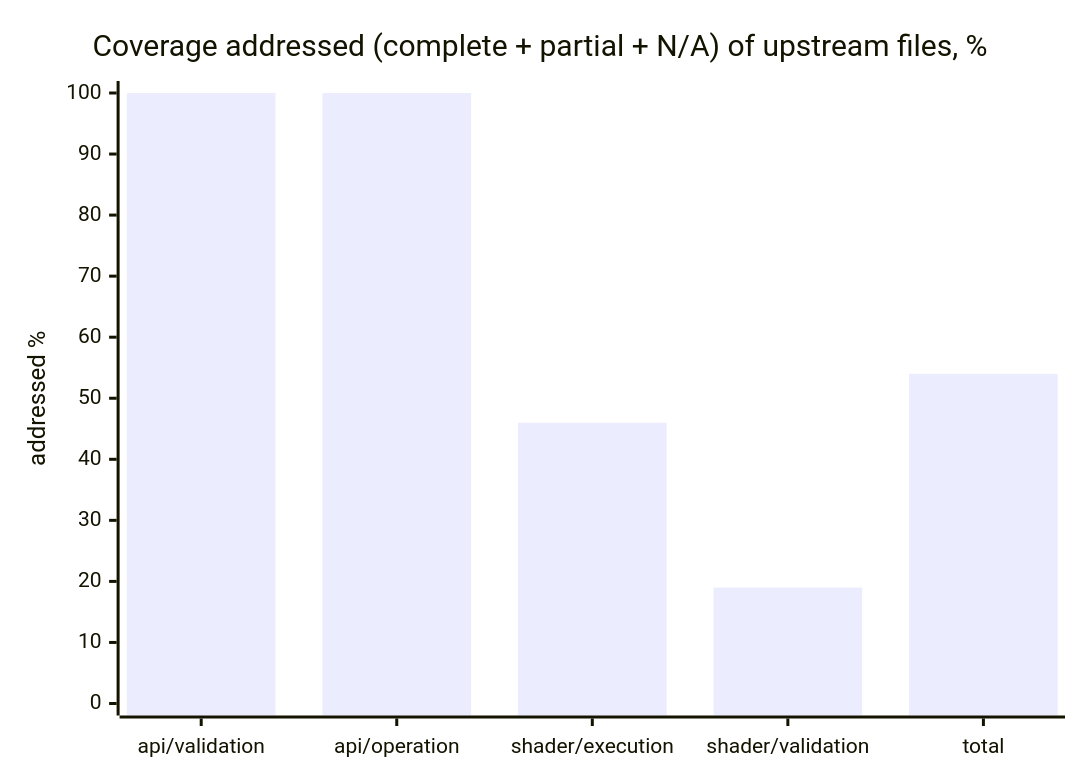
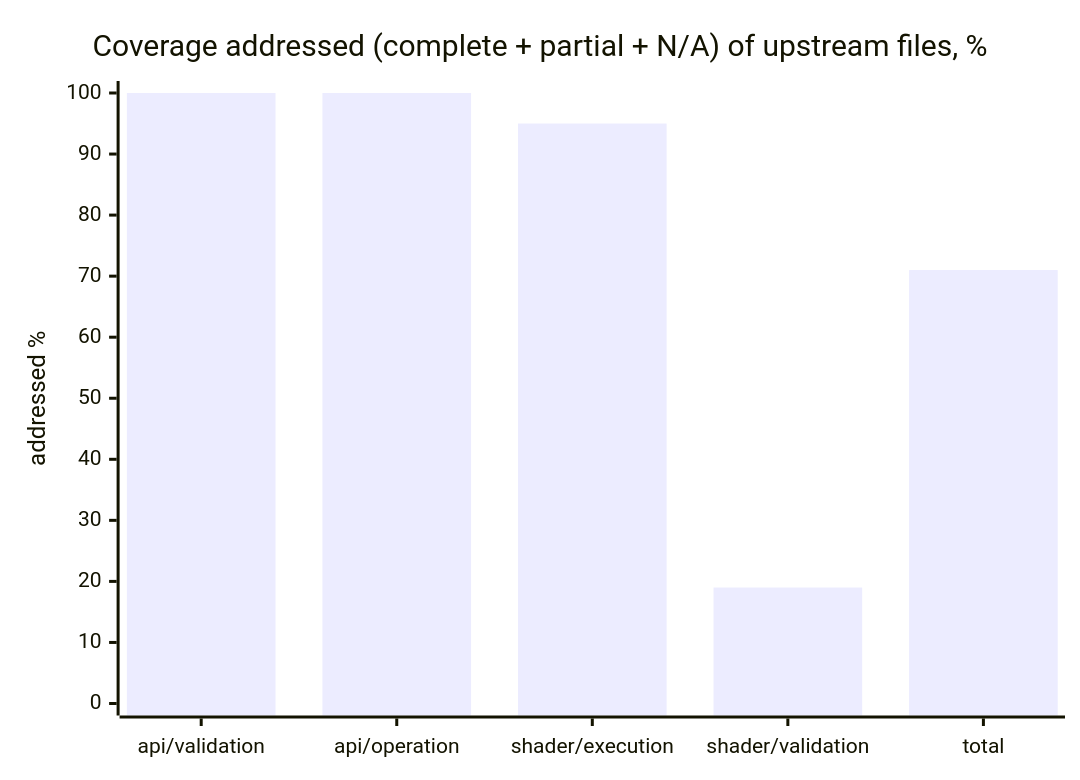
The second of 2 diagrams in README.md (infosia/webgpu-native-cts), drawn with Mermaid before and after one commit. The commit also changed other lines of this file and 1 other file, not shown here.

````diff
--- a/README.md
+++ b/README.md
@@ -134,7 +143,7 @@
 ```mermaid
 xychart-beta
     title "Coverage addressed (complete + partial + N/A) of upstream files, %"
     x-axis ["api/validation", "api/operation", "shader/execution", "shader/validation", "total"]
     y-axis "addressed %" 0 --> 100
-    bar [100, 100, 46, 19, 54]
+    bar [100, 100, 95, 19, 71]
 ```
````
